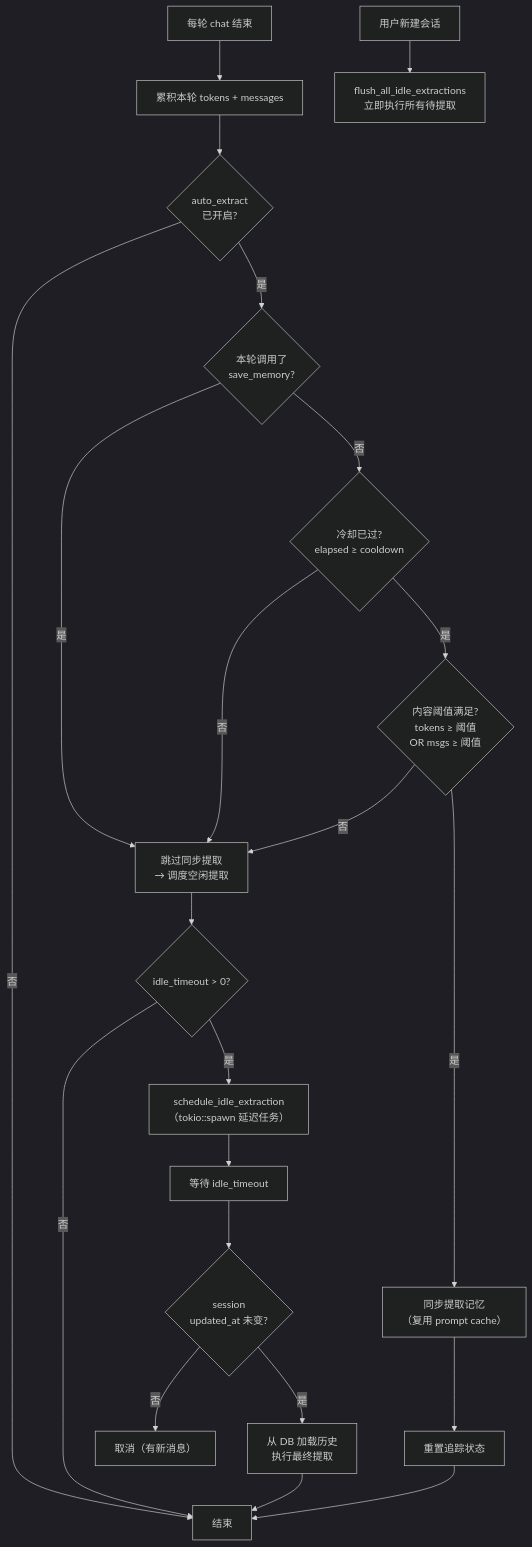
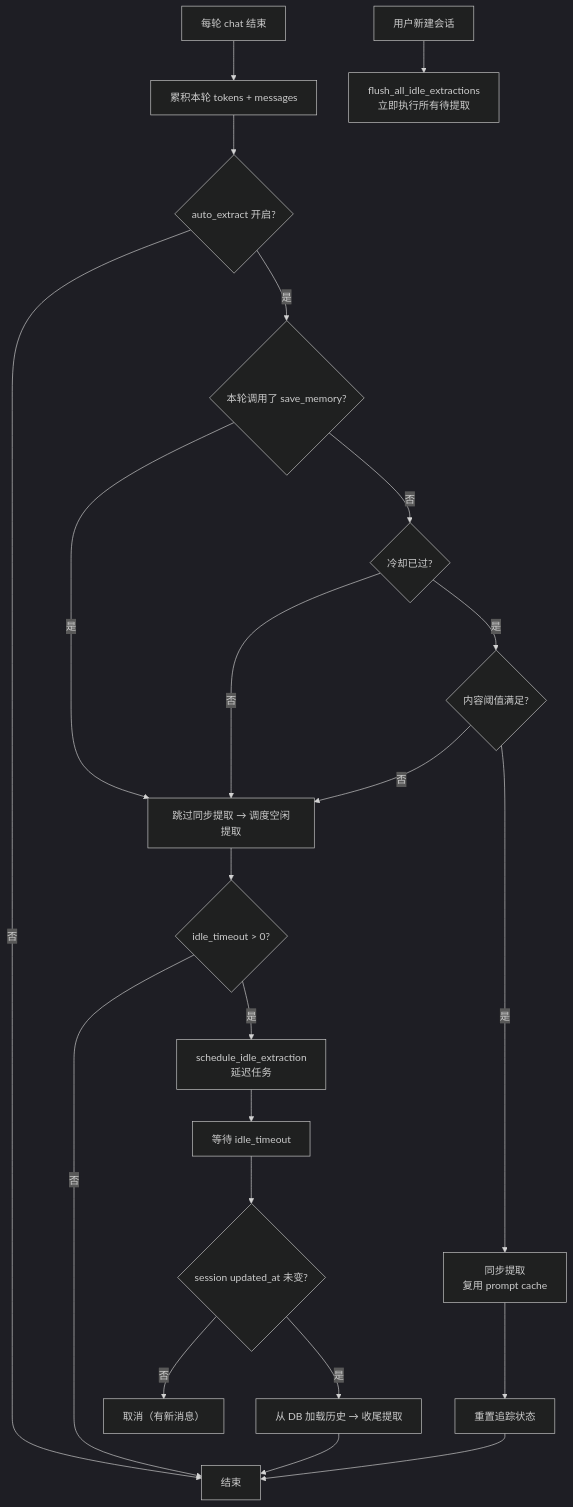
The fourth of 5 diagrams in docs/architecture/memory.md (shiwenwen/hope-agent), drawn with Mermaid (dark theme) before and after one commit. The commit also changed other lines of this file and 2 other files, not shown here.

First line of the commit message:
🦭docs: 大件一遍稿（backend-separation/provider-system/memory）——待补对抗校验

````diff
--- a/docs/architecture/memory.md
+++ b/docs/architecture/memory.md
@@ -425,27 +389,24 @@
 ```mermaid
 flowchart TD
     Start["每轮 chat 结束"] --> Acc["累积本轮 tokens + messages"]
-    Acc --> G1{"auto_extract<br/>已开启?"}
+    Acc --> G1{"auto_extract 开启?"}
     G1 -- 否 --> End["结束"]
-    G1 -- 是 --> G2{"本轮调用了<br/>save_memory?"}
-    G2 -- 是 --> Idle["跳过同步提取<br/>→ 调度空闲提取"]
-    G2 -- 否 --> G3{"冷却已过?<br/>elapsed ≥ cooldown"}
+    G1 -- 是 --> G2{"本轮调用了 save_memory?"}
+    G2 -- 是 --> Idle["跳过同步提取 → 调度空闲提取"]
+    G2 -- 否 --> G3{"冷却已过?"}
     G3 -- 否 --> Idle
-    G3 -- 是 --> G4{"内容阈值满足?<br/>tokens ≥ 阈值<br/>OR msgs ≥ 阈值"}
+    G3 -- 是 --> G4{"内容阈值满足?"}
     G4 -- 否 --> Idle
-    G4 -- 是 --> Extract["同步提取记忆<br/>（复用 prompt cache）"]
-    Extract --> Reset["重置追踪状态"]
-    Reset --> End
+    G4 -- 是 --> Extract["同步提取<br/>复用 prompt cache"]
+    Extract --> Reset["重置追踪状态"] --> End
 
     Idle --> IdleCheck{"idle_timeout > 0?"}
     IdleCheck -- 否 --> End
-    IdleCheck -- 是 --> Schedule["schedule_idle_extraction<br/>（tokio::spawn 延迟任务）"]
+    IdleCheck -- 是 --> Schedule["schedule_idle_extraction<br/>延迟任务"]
     Schedule --> Wait["等待 idle_timeout"]
-    Wait --> StillIdle{"session<br/>updated_at 未变?"}
+    Wait --> StillIdle{"session updated_at 未变?"}
     StillIdle -- 否 --> End2["取消（有新消息）"]
-    StillIdle -- 是 --> IdleExtract["从 DB 加载历史<br/>执行最终提取"]
-    IdleExtract --> End
+    StillIdle -- 是 --> IdleExtract["从 DB 加载历史 → 收尾提取"] --> End
 
     NewSession["用户新建会话"] --> Flush["flush_all_idle_extractions<br/>立即执行所有待提取"]
-
 ```
````
